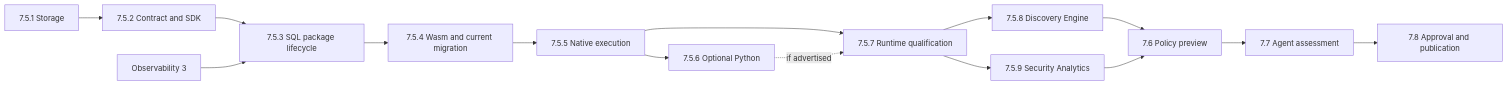
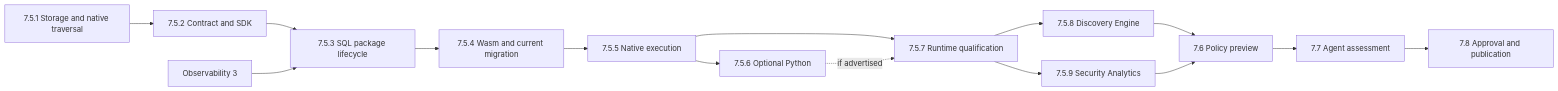
One commit to Ereborlabs/erebor-runtime changed the diagram in docs/plans/mithril-hugging-face-intrusion-prevention/phase-7-mithril-control-and-detection-packages/phase-7-5-graphs-findings-and-notifications/README.md. Above: the diagram before and after it, drawn with Mermaid. The commit also changed other lines of this file and 1 other file, not shown here.

Commit message:
Plan bounded native traversal and large graph access

````diff
--- a/docs/plans/mithril-hugging-face-intrusion-prevention/phase-7-mithril-control-and-detection-packages/phase-7-5-graphs-findings-and-notifications/README.md
+++ b/docs/plans/mithril-hugging-face-intrusion-prevention/phase-7-mithril-control-and-detection-packages/phase-7-5-graphs-findings-and-notifications/README.md
@@ -69,17 +71,17 @@
 ```mermaid
 flowchart LR
-    A["7.5.1 Storage"] --> B["7.5.2 Contract and SDK"]
+    A["7.5.1 Storage and native traversal"] --> B["7.5.2 Contract and SDK"]
     B --> C["7.5.3 SQL package lifecycle"]
     O["Observability 3"] --> C
     C --> D["7.5.4 Wasm and current migration"]
     D --> E["7.5.5 Native execution"]
     E --> G["7.5.7 Runtime qualification"]
     E --> F["7.5.6 Optional Python"]
     F -.->|if advertised| G
     G --> H["7.5.8 Discovery Engine"]
     G --> I["7.5.9 Security Analytics"]
     H --> J["7.6 Policy preview"]
     I --> J
     J --> K["7.7 Agent assessment"]
     K --> L["7.8 Approval and publication"]
 ```
````
